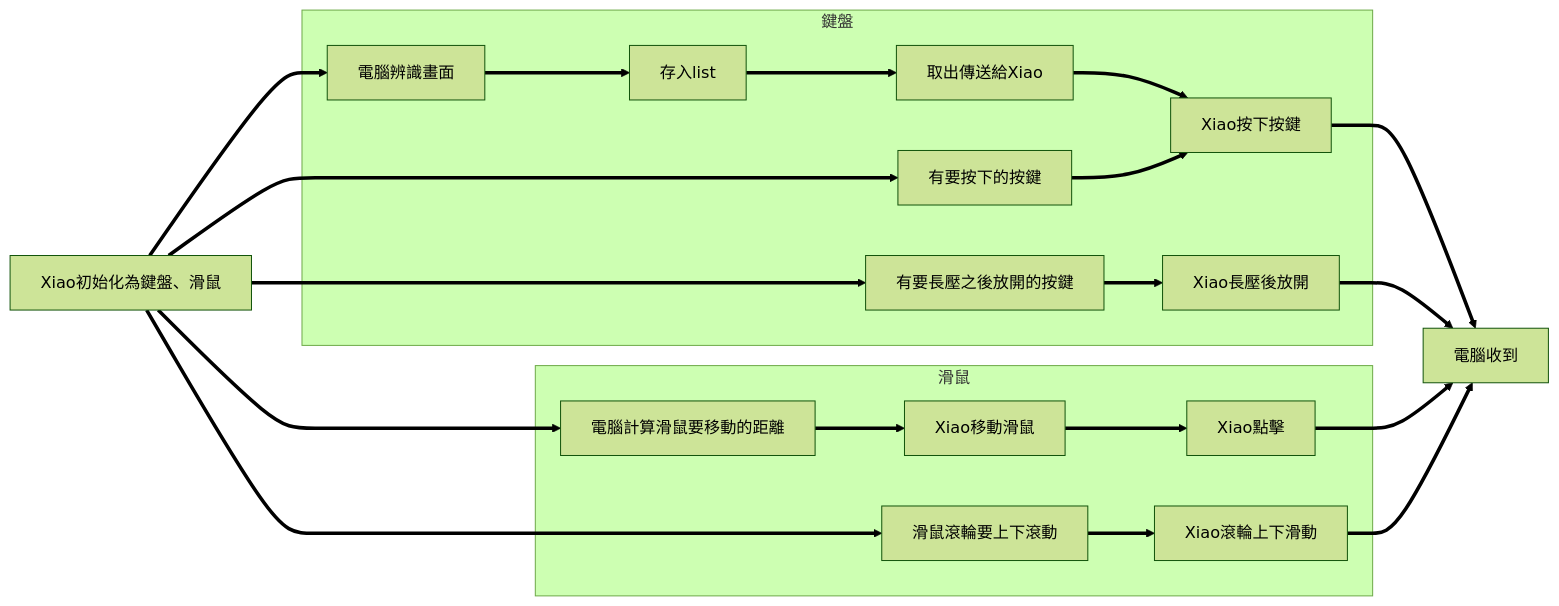
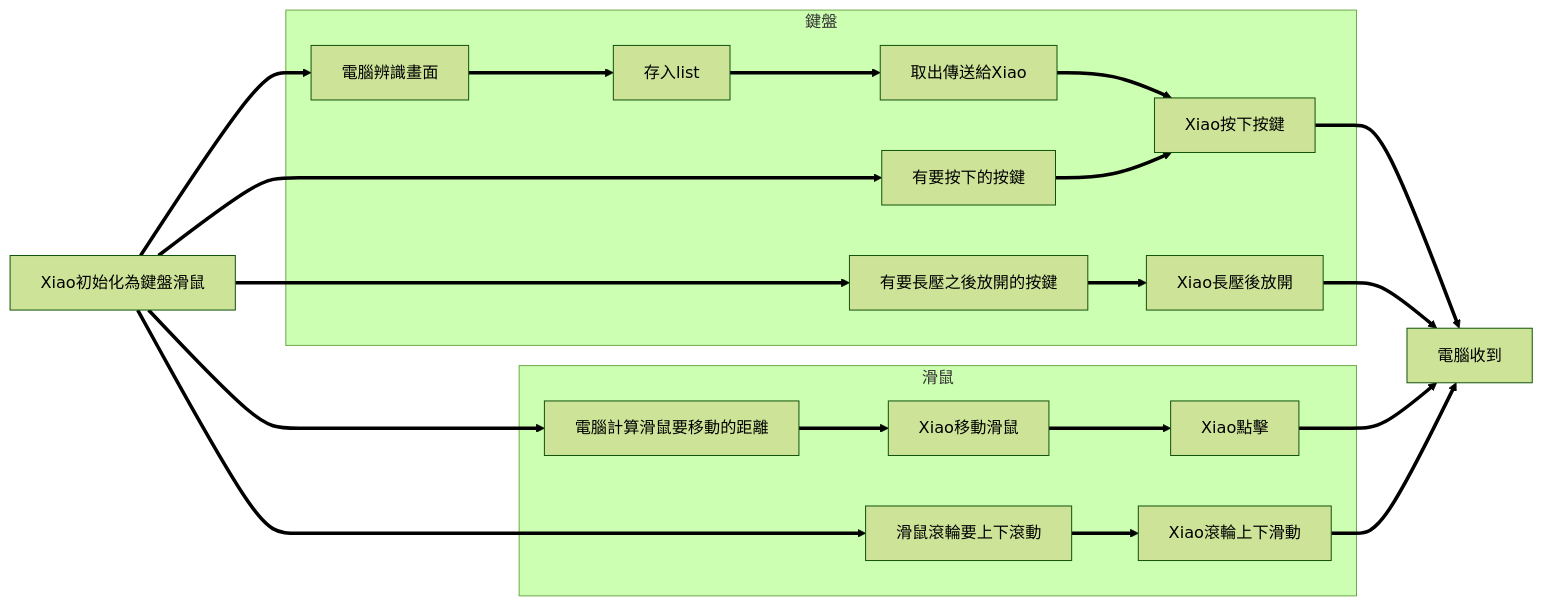
The second of 2 diagrams in README.md (abc21086999/maple_script), drawn with Mermaid before and after one commit. The commit also changed other lines of this file and 19 other files, not shown here.

First line of the commit message:
feat(grind): implement FSM architecture with stack-based interrupt

````diff
--- a/README.md
+++ b/README.md
@@ -78,53 +99,53 @@
 ```mermaid
 %%{init: {'theme': 'forest'} }%%
 graph LR;
 
-step1[Xiao初始化為鍵盤、滑鼠]
+step1[Xiao初始化為鍵盤滑鼠]
 
 step2[電腦辨識畫面]
 
 step3[存入list]
 
 step4[取出傳送給Xiao]
 
 step5[Xiao按下按鍵]
 
 step6[電腦收到]
 
 step7[Xiao移動滑鼠]
 
 step8[電腦計算滑鼠要移動的距離]
 
 step9[滑鼠滾輪要上下滾動]
 
 step10[Xiao滾輪上下滑動]
 
 step11[Xiao點擊]
 
 step12[有要按下的按鍵]
 
 step13[有要長壓之後放開的按鍵]
 
 step14[Xiao長壓後放開]
 
 %% 流程線 -->
 step1 ==> step2
 step1 ==> step8
 step1 ==> step9
 step1 ==> step12
 step1 ==> step13
 step5 ==> step6
 step14 ==> step6
 step11 ==> step6
 step10 ==> step6
 
 subgraph 鍵盤
 step2 ==> step3 ==> step4 ==> step5
 step12 ==> step5
 step13 ==> step14
 end
 subgraph 滑鼠
 step8 ==> step7 ==> step11
 step9 ==> step10
 end
 ```
````
